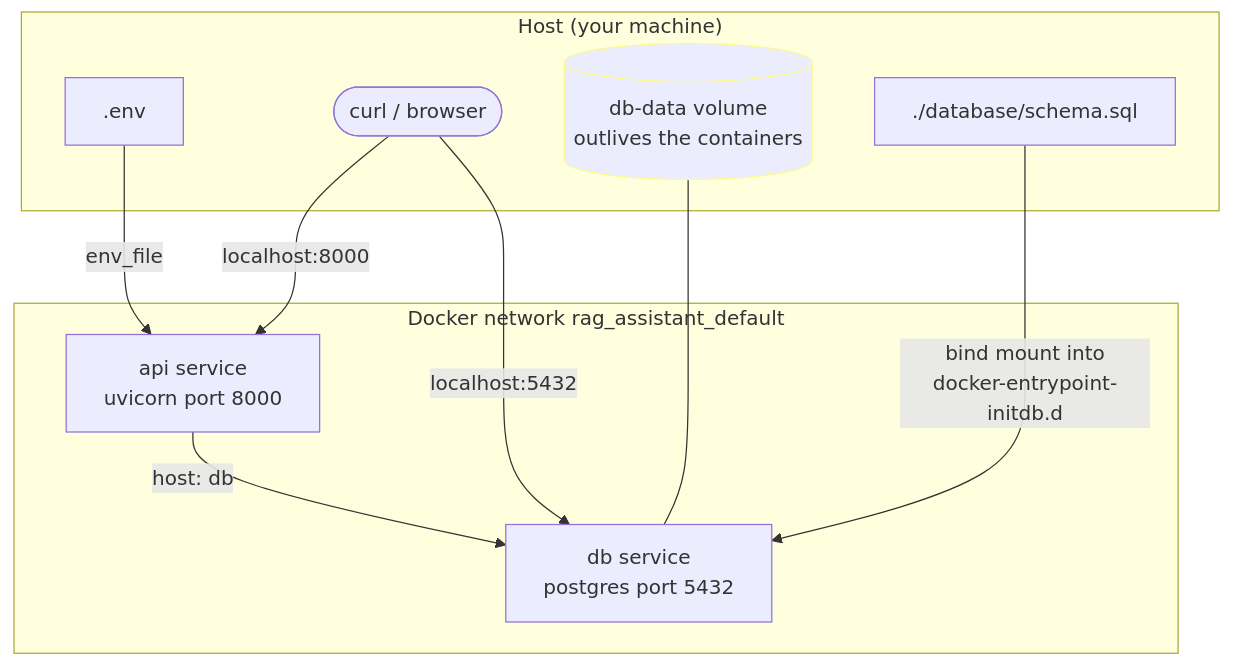
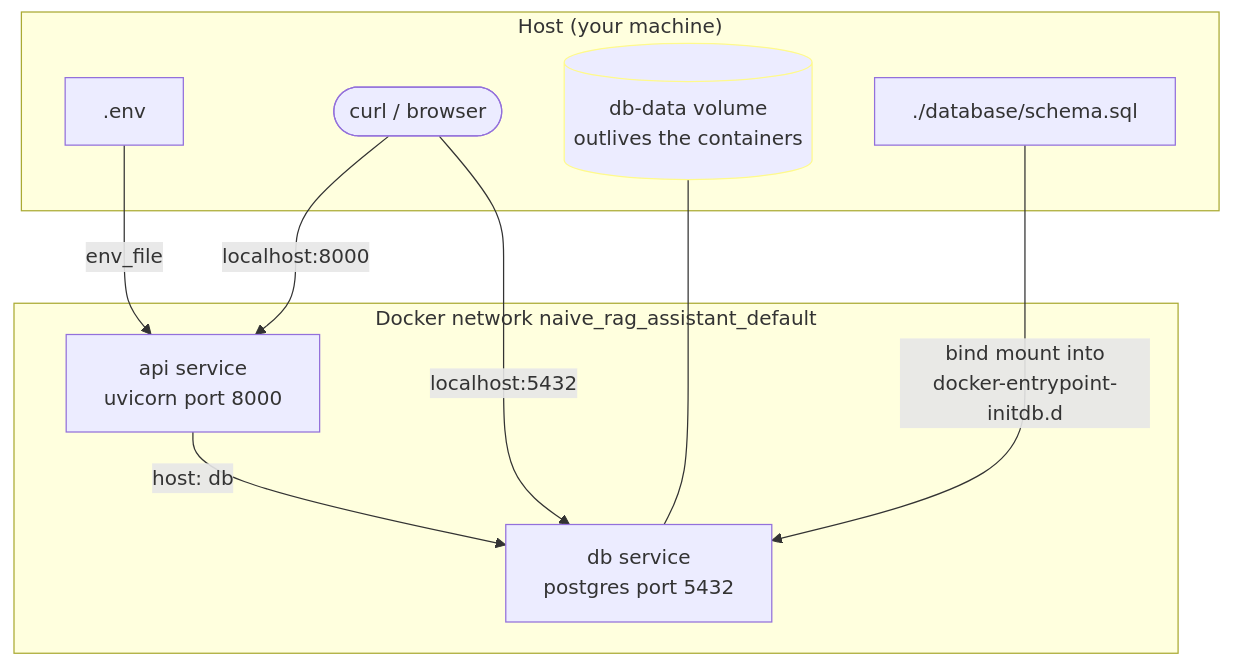
One commit to arcangelofranco/Naive-RAG-Assistant changed diagram 20 of 21 in README.md. Above: the diagram before and after it, drawn with Mermaid. The commit also changed other lines of this file and 10 other files, not shown here.

````diff
--- a/README.md
+++ b/README.md
@@ -1533,25 +1538,25 @@
 ```mermaid
 flowchart TB
 
     subgraph host["Host (your machine)"]
         ENVF[".env"]
         BROWSER(["curl / browser"])
         VOL[("db-data volume<br/>outlives the containers")]
         SCHEMA["./database/schema.sql"]
     end
 
-    subgraph net["Docker network rag_assistant_default"]
+    subgraph net["Docker network naive_rag_assistant_default"]
         API["api service<br/>uvicorn port 8000"]
         DB["db service<br/>postgres port 5432"]
 
         API -->|"host: db"| DB
     end
 
     BROWSER -->|"localhost:8000"| API
     BROWSER -->|"localhost:5432"| DB
     VOL --- DB
     SCHEMA -->|"bind mount into<br/>docker-entrypoint-initdb.d"| DB
     ENVF -->|"env_file"| API
 
     style VOL stroke:#fffa8c
 ```
````
